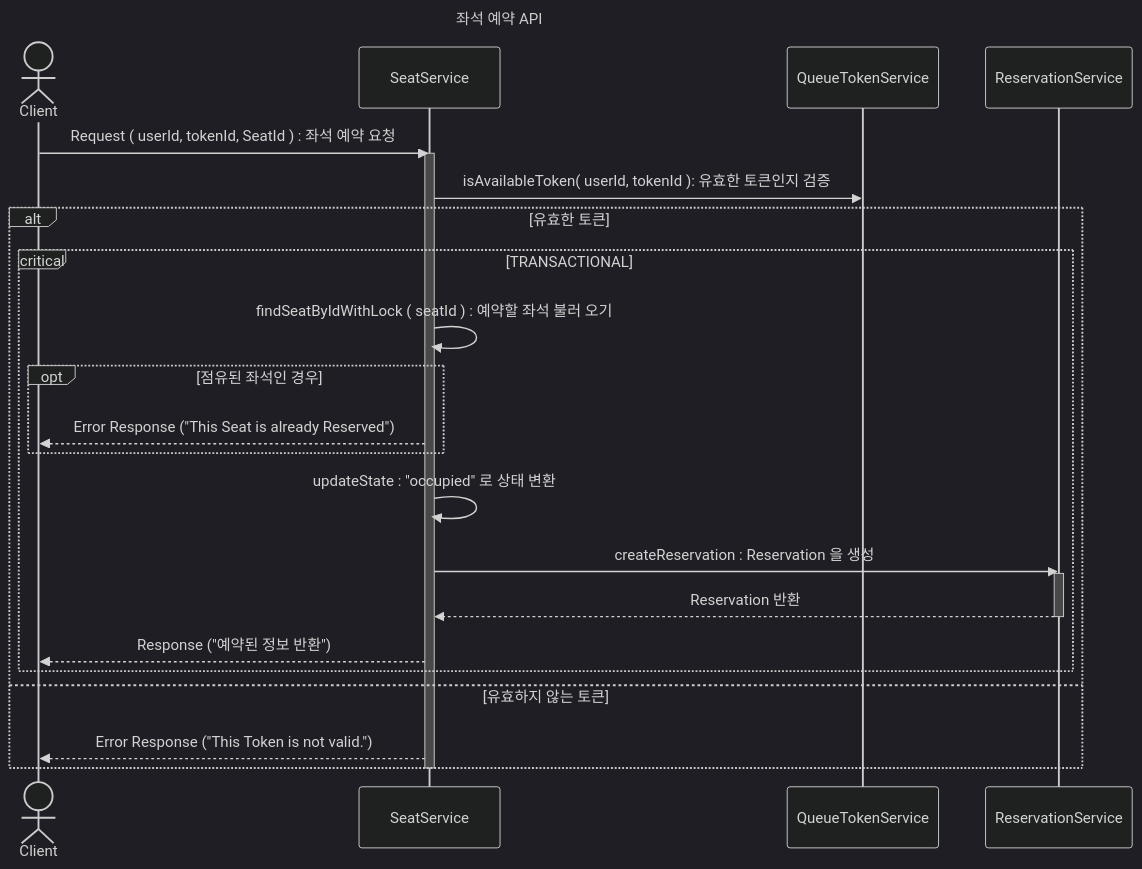
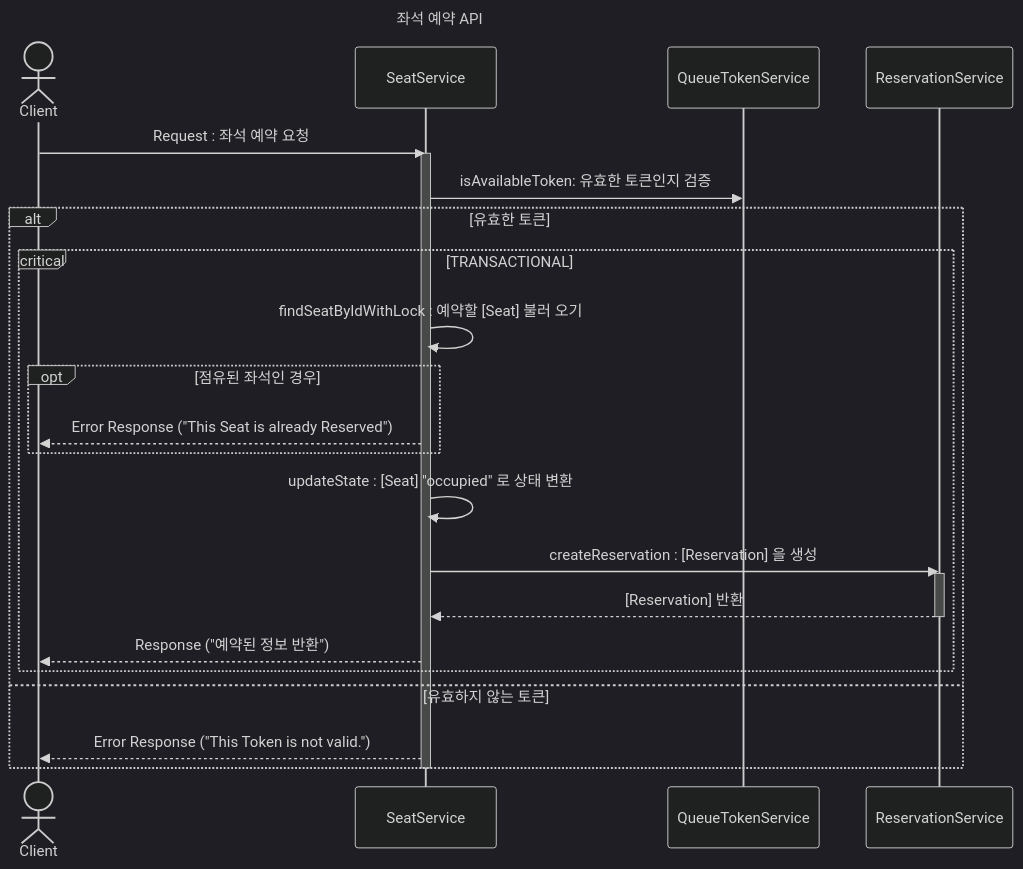
The diagram in design/sequence_diagram/좌석_예약_API.md (GustavEiffels/hhplus_server_build), drawn with Mermaid (dark theme) before and after one commit. The commit also changed 8 other files, not shown here.

Commit message:
[fix] 문서 수정 : sequece diagram

````diff
--- a/design/sequence_diagram/좌석_예약_API.md
+++ b/design/sequence_diagram/좌석_예약_API.md
@@ -1,48 +1,48 @@
 ```mermaid
 ---
 title : 좌석 예약 API
 ---
 sequenceDiagram
     Actor c as Client 
     participant se as SeatService
     participant qu as QueueTokenService
     participant re as ReservationService
 
 
-    c->> se : Request ( userId, tokenId, SeatId ) : 좌석 예약 요청 
+    c->> se : Request  : 좌석 예약 요청 
     activate se
 
-    se->>qu : isAvailableToken( userId, tokenId ): 유효한 토큰인지 검증  
+    se->>qu : isAvailableToken: 유효한 토큰인지 검증  
 
 
     alt 유효한 토큰
 
         critical TRANSACTIONAL
-            se->>se : findSeatByIdWithLock ( seatId ) : 예약할 좌석 불러 오기 
+            se->>se : findSeatByIdWithLock  : 예약할 [Seat] 불러 오기 
 
             opt 점유된 좌석인 경우 
                 se-->>c : Error Response ("This Seat is already Reserved")
             end 
 
-            se->>se : updateState : "occupied" 로 상태 변환
+            se->>se : updateState : [Seat] "occupied" 로 상태 변환
             
-            se->>re : createReservation : Reservation 을 생성 
+            se->>re : createReservation : [Reservation] 을 생성 
             activate re
-            re-->>se : Reservation 반환 
+            re-->>se : [Reservation] 반환 
             deactivate re
 
             se-->> c : Response ("예약된 정보 반환")
         end
 
 
     else 유효하지 않는 토큰
         se-->>c : Error Response ("This Token is not valid.")
 
 
     end 
     
     deactivate se
 
 
 
 ```
````
